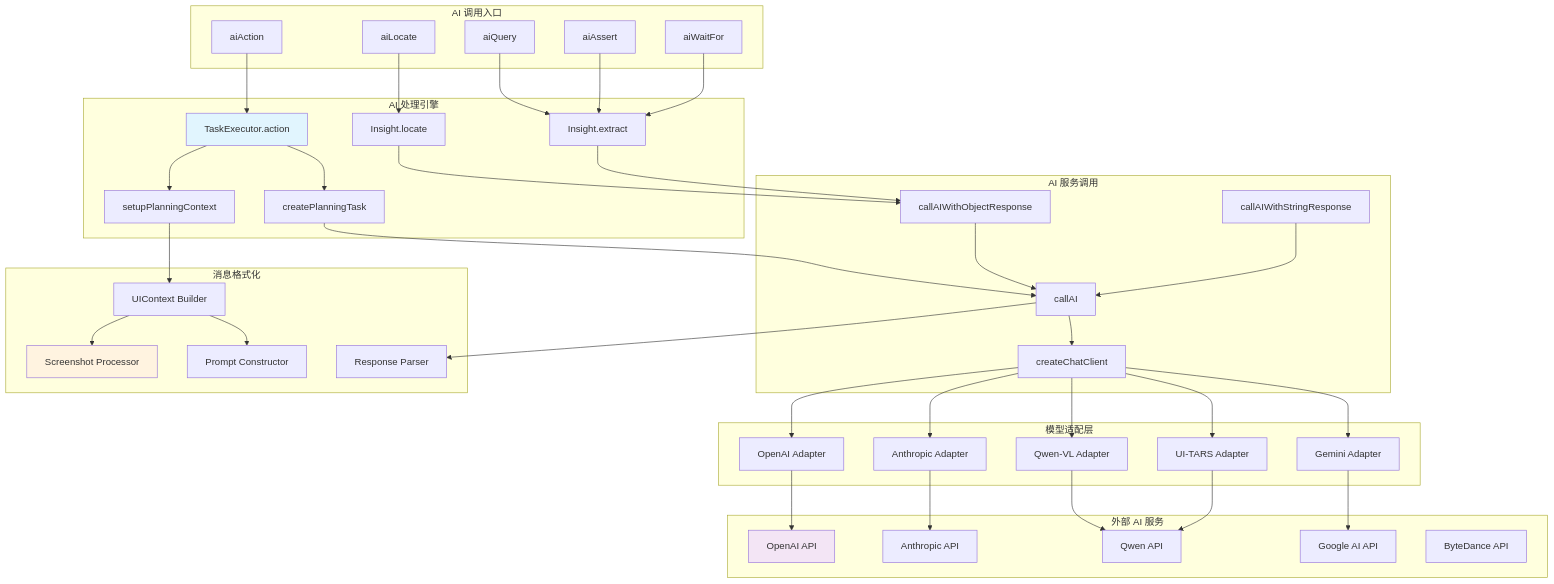
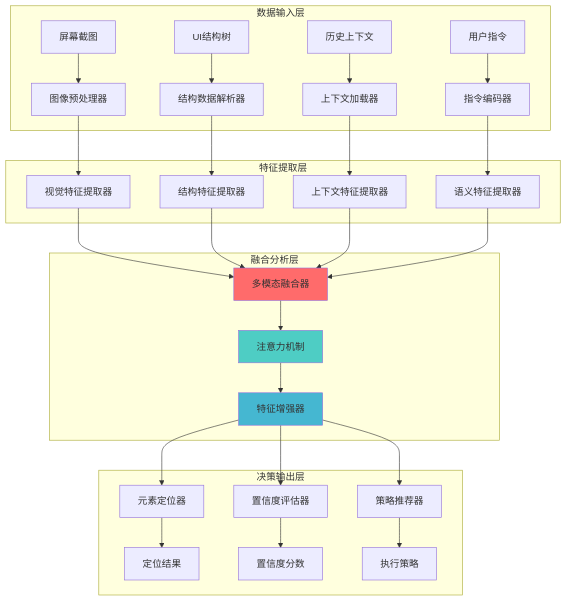
The eighth of 31 diagrams in README.md (zhuozp/AI-UI-), drawn with Mermaid before and after one commit. The commit also changed other lines of this file, not shown here.

````diff
--- a/README.md
+++ b/README.md
@@ -257,86 +1274,38 @@
 ```mermaid
 graph TB
-    subgraph "AI 调用入口"
-        E1[aiAction]
-        E2[aiQuery]
-        E3[aiAssert]
-        E4[aiLocate]
-        E5[aiWaitFor]
+    subgraph "数据输入层"
+        A[屏幕截图] --> E[图像预处理器]
+        B[UI结构树] --> F[结构数据解析器]
+        C[历史上下文] --> G[上下文加载器]
+        D[用户指令] --> H[指令编码器]
     end
     
-    subgraph "AI 处理引擎"
-        P1[TaskExecutor.action]
-        P2[Insight.locate]
-        P3[Insight.extract] 
-        P4[setupPlanningContext]
-        P5[createPlanningTask]
+    subgraph "特征提取层"
+        E --> I[视觉特征提取器]
+        F --> J[结构特征提取器]
+        G --> K[上下文特征提取器]
+        H --> L[语义特征提取器]
     end
     
-    subgraph "AI 服务调用"
-        S1[callAI]
-        S2[callAIWithObjectResponse]
-        S3[callAIWithStringResponse]
-        S4[createChatClient]
+    subgraph "融合分析层"
+        I --> M[多模态融合器]
+        J --> M
+        K --> M
+        L --> M
+        M --> N[注意力机制]
+        N --> O[特征增强器]
     end
     
-    subgraph "模型适配层"
-        M1[OpenAI Adapter]
-        M2[Anthropic Adapter]
-        M3[Qwen-VL Adapter]
-        M4[UI-TARS Adapter]
-        M5[Gemini Adapter]
+    subgraph "决策输出层"
+        O --> P[元素定位器]
+        O --> Q[置信度评估器]
+        O --> R[策略推荐器]
+        P --> S[定位结果]
+        Q --> T[置信度分数]
+        R --> U[执行策略]
     end
     
-    subgraph "消息格式化"
-        F1[UIContext Builder]
-        F2[Screenshot Processor]
-        F3[Prompt Constructor]
-        F4[Response Parser]
-    end
-    
-    subgraph "外部 AI 服务"
-        X1[OpenAI API]
-        X2[Anthropic API]
-        X3[Qwen API]
-        X4[Google AI API]
-        X5[ByteDance API]
-    end
-    
-    E1 --> P1
-    E2 --> P3
-    E3 --> P3
-    E4 --> P2
-    E5 --> P3
-    
-    P1 --> P4
-    P1 --> P5
-    P2 --> S2
-    P3 --> S2
-    
-    P4 --> F1
-    P5 --> S1
-    
-    S1 --> S4
-    S2 --> S1
-    S3 --> S1
-    
-    S4 --> M1
-    S4 --> M2
-    S4 --> M3
-    S4 --> M4
-    S4 --> M5
-    
-    F1 --> F2
-    F1 --> F3
-    S1 --> F4
-    
-    M1 --> X1
-    M2 --> X2
-    M3 --> X3
-    M4 --> X3
-    M5 --> X4
-    
-    style P1 fill:#e1f5fe
-    style F2 fill:#fff3e0
-    style X1 fill:#f3e5f5
+    style M fill:#ff6b6b
+    style N fill:#4ecdc4
+    style O fill:#45b7d1
 ```
````
